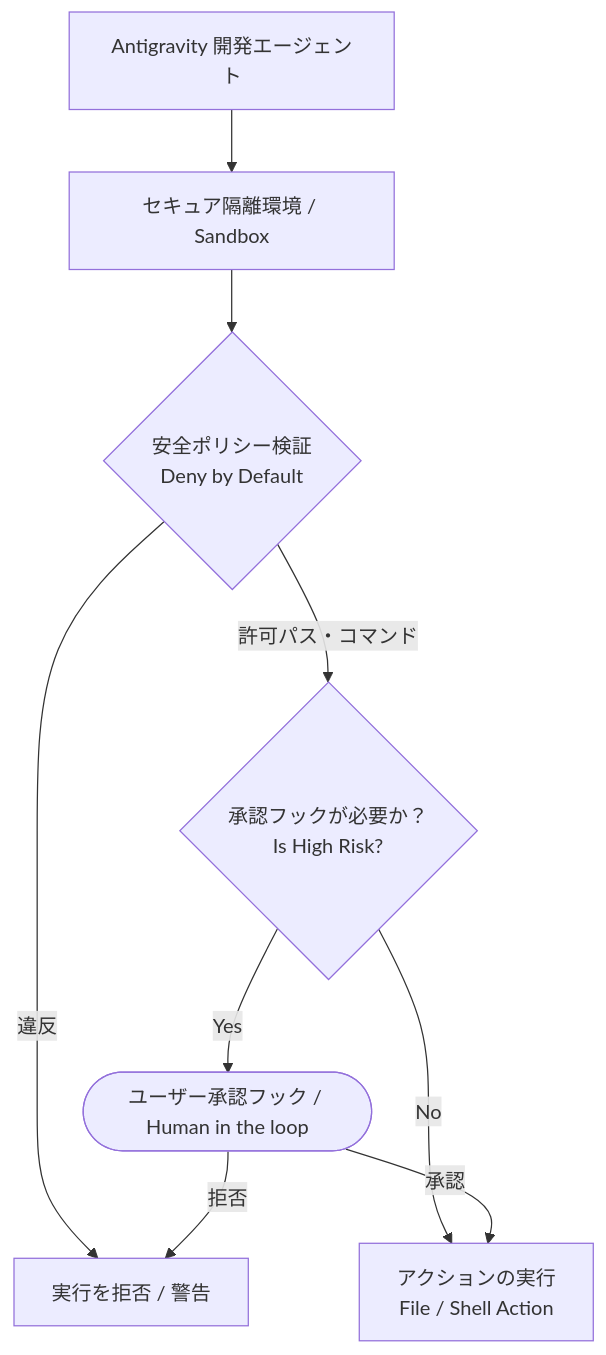
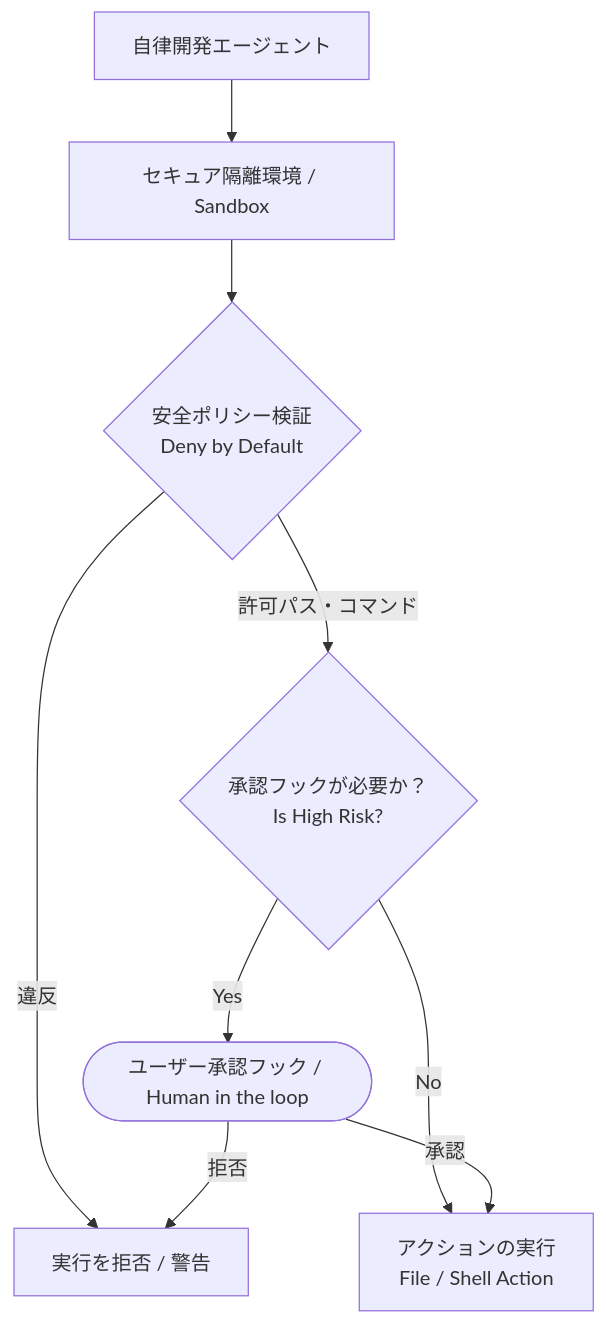
The diagram in curriculum/unit34_agent_sdk_coding_agents/index.md (ydo-kimura/build-to-learn-ai), drawn with Mermaid before and after one commit. The commit also changed other lines of this file and 223 other files, not shown here.

````diff
--- a/curriculum/unit34_agent_sdk_coding_agents/index.md
+++ b/curriculum/unit34_agent_sdk_coding_agents/index.md
@@ -44,11 +46,11 @@
 ```mermaid
 graph TD
-    Agent[Antigravity 開発エージェント] --> Sandbox[セキュア隔離環境 / Sandbox]
+    Agent[自律開発エージェント] --> Sandbox[セキュア隔離環境 / Sandbox]
     Sandbox --> Policy{安全ポリシー検証<br>Deny by Default}
     Policy -->|違反| Block[実行を拒否 / 警告]
     Policy -->|許可パス・コマンド| Hook{承認フックが必要か？<br>Is High Risk?}
     Hook -->|Yes| UserApproval([ユーザー承認フック / Human in the loop])
     Hook -->|No| Execute[アクションの実行<br>File / Shell Action]
     UserApproval -->|承認| Execute
     UserApproval -->|拒否| Block
 ```
````
